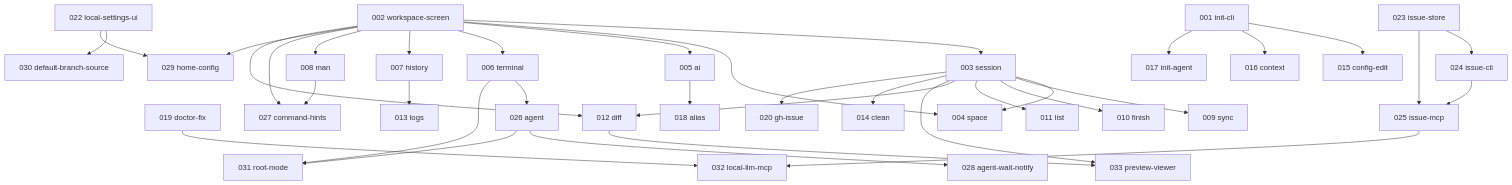
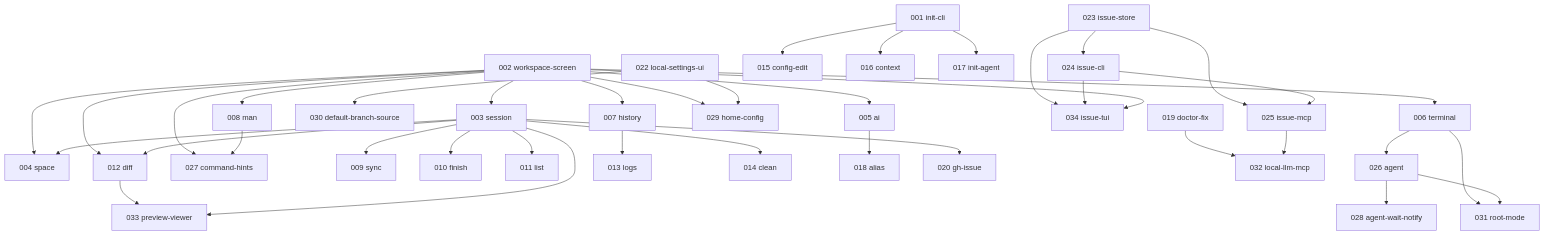
One commit to kkyosuke/usagi changed the diagram in issues/README.md. Above: the diagram before and after it, drawn with Mermaid. The commit also changed other lines of this file and 1 other file, not shown here.

Commit message:
docs: TUI issue コマンド（関連性テーブル・進捗可視化）の issue を追加 (#110)
## 目的

issue 操作を CLI（024）/ MCP（025）に加えて **TUI から**扱えるようにし、さらに依存関係（`dependson`）の
テーブル表示と進捗（完了率）の可視化を行う機能を、実装タスクとして issue 化する。

## 変更内容

- `issues/034-issue-tui.md` を新規追加
  - ホーム画面のコマンドモードに `issue` コマンドを追加（`list` / `show` / `update`）
  - **関連性テーブル**: 各 issue の `dependson` を表で表示し、依存未完了でブロック中の issue を判別
  - **進捗の可視化**: status 別の集計・完了率（done / 全体）を表示
  - usecase は 023〜025 を再利用、純粋ロジックはテスト化してカバレッジ 100% 維持
  - 詳細表示の Markdown レンダリングは 033-preview-viewer と共有
  - `dependson: [002, 023, 024]` / priority: medium / category: tui
- `issues/README.md` を更新（一覧表・依存グラフ・推奨着手順）

## テスト・確認方法

- ドキュメント（issue）のみの追加。コード変更なし。
- README の一覧表・mermaid 依存グラフ・相対リンクの整合を確認。

🤖 Generated with [Claude Code](https://claude.com/claude-code)

---------

````diff
--- a/issues/README.md
+++ b/issues/README.md
@@ -52,44 +53,47 @@
 ```mermaid
 graph TD
     001[001 init-cli]
     002[002 workspace-screen]
     003[003 session]
     019[019 doctor-fix]
 
     002 --> 003
     002 --> 004[004 space]
     003 --> 004
     002 --> 005[005 ai]
     002 --> 006[006 terminal]
     006 --> 026[026 agent]
     026 --> 028[028 agent-wait-notify]
     022 --> 030[030 default-branch-source]
     006 --> 031[031 root-mode]
     026 --> 031
     002 --> 007[007 history]
     002 --> 008[008 man]
     002 --> 027[027 command-hints]
     008 --> 027
     002 --> 029[029 home-config]
     022[022 local-settings-ui] --> 029
     003 --> 009[009 sync]
     003 --> 010[010 finish]
     003 --> 011[011 list]
     002 --> 012[012 diff]
     003 --> 012
     012 --> 033[033 preview-viewer]
     003 --> 033
     007 --> 013[013 logs]
     003 --> 014[014 clean]
     001 --> 015[015 config-edit]
     001 --> 016[016 context]
     001 --> 017[017 init-agent]
     005 --> 018[018 alias]
     003 --> 020[020 gh-issue]
     023[023 issue-store]
     023 --> 024[024 issue-cli]
     023 --> 025[025 issue-mcp]
     024 --> 025
+    023 --> 034[034 issue-tui]
+    024 --> 034
+    002 --> 034
     019[019 doctor-fix] --> 032[032 local-llm-mcp]
     025 --> 032
 ```
````
